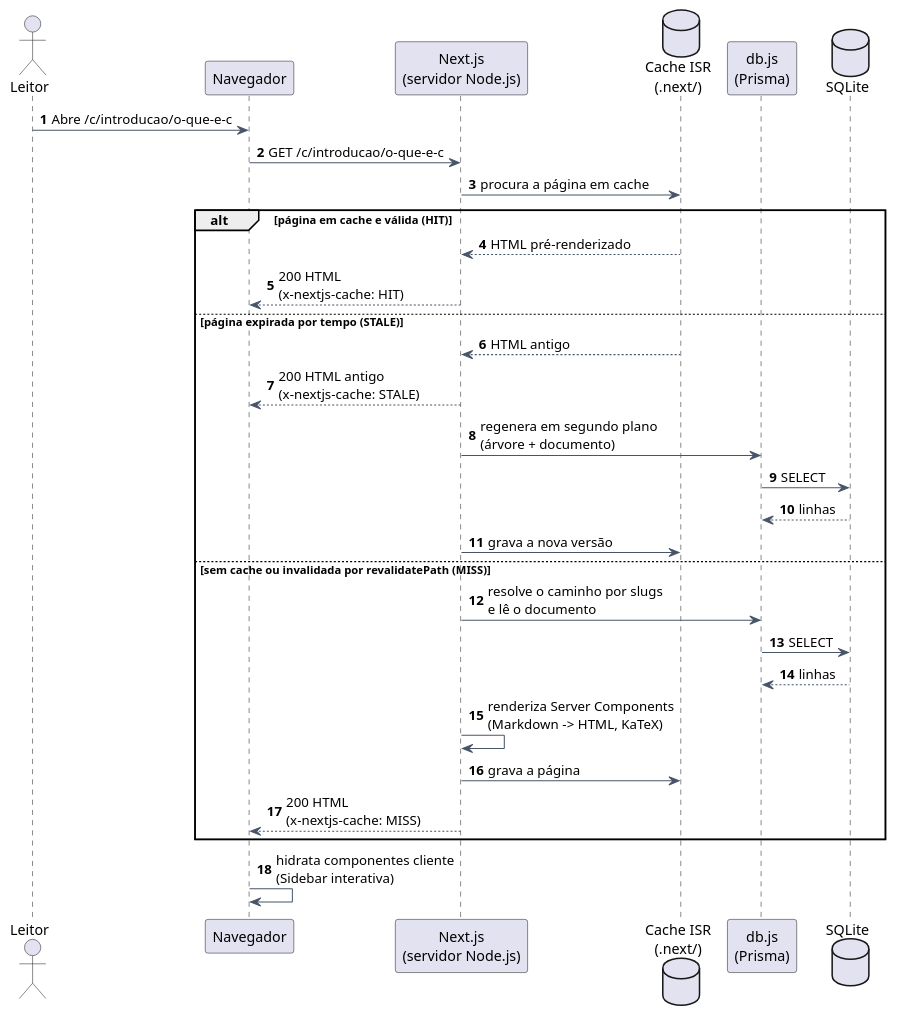
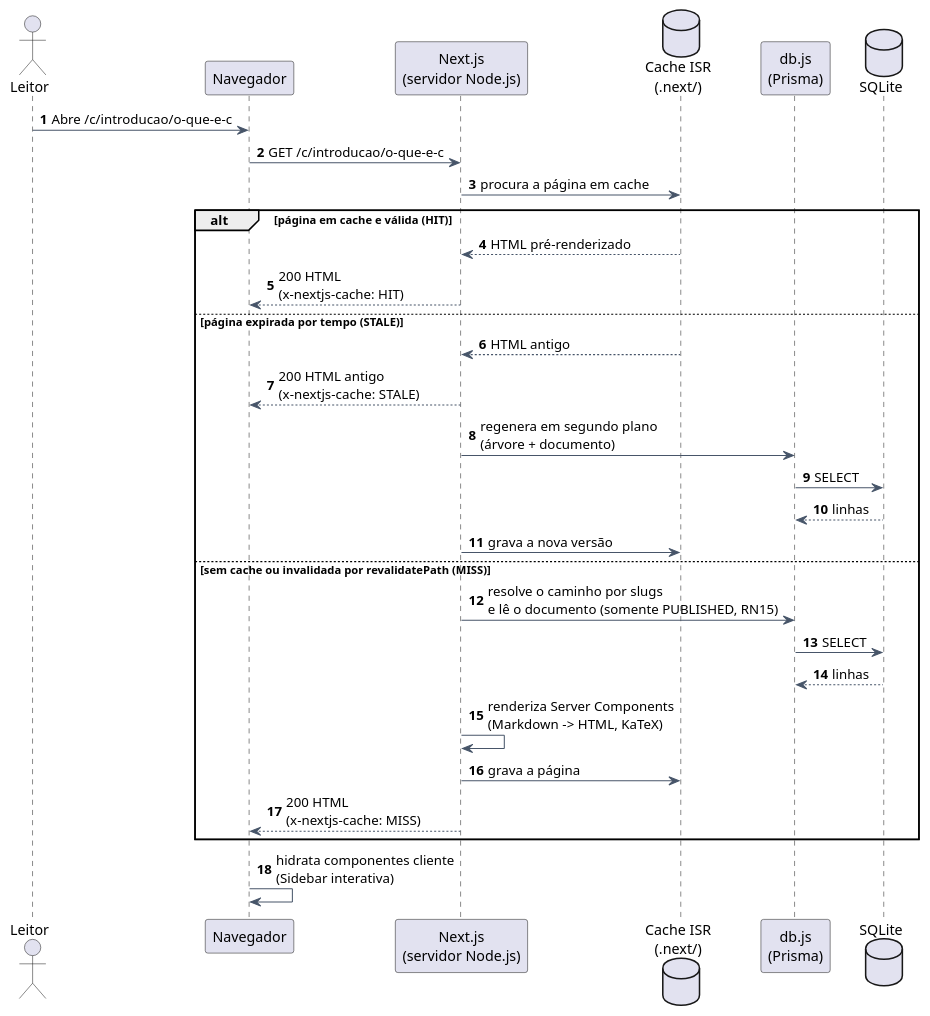
One commit to fromcaio/vitrine changed the diagram in doc/diagrams/src/seq-leitura-isr.puml. Above: the diagram before and after it, drawn with PlantUML. The commit also changed 29 other files, not shown here.

```diff
--- a/doc/diagrams/src/seq-leitura-isr.puml
+++ b/doc/diagrams/src/seq-leitura-isr.puml
@@ -1,45 +1,45 @@
 @startuml seq-leitura-isr
 ' ===========================================================================
 ' Vitrine - Sequência: leitura de uma página com ISR
 ' Figura: fig:seq-leitura-isr (doc/tex/capitulos/cap5_arquitetura.tex)
 ' Valores do cabeçalho x-nextjs-cache (HIT, STALE, MISS, REVALIDATED): documentação
 ' local do Next.js (node_modules/next/dist/docs/01-app/02-guides/incremental-static-regeneration.md).
 ' ===========================================================================
 skinparam shadowing false
 skinparam defaultFontName Arial
 skinparam ArrowColor #475569
 skinparam sequenceMessageAlign left
 autonumber
 
 actor "Leitor" as Leitor
 participant "Navegador" as Nav
 participant "Next.js\n(servidor Node.js)" as Next
 database "Cache ISR\n(.next/)" as Cache
 participant "db.js\n(Prisma)" as DB
 database "SQLite" as Sql
 
 Leitor -> Nav : Abre /c/introducao/o-que-e-c
 Nav -> Next : GET /c/introducao/o-que-e-c
 Next -> Cache : procura a página em cache
 
 alt página em cache e válida (HIT)
   Cache --> Next : HTML pré-renderizado
   Next --> Nav : 200 HTML\n(x-nextjs-cache: HIT)
 else página expirada por tempo (STALE)
   Cache --> Next : HTML antigo
   Next --> Nav : 200 HTML antigo\n(x-nextjs-cache: STALE)
   Next -> DB : regenera em segundo plano\n(árvore + documento)
   DB -> Sql : SELECT
   Sql --> DB : linhas
   Next -> Cache : grava a nova versão
 else sem cache ou invalidada por revalidatePath (MISS)
-  Next -> DB : resolve o caminho por slugs\ne lê o documento
+  Next -> DB : resolve o caminho por slugs\ne lê o documento (somente PUBLISHED, RN15)
   DB -> Sql : SELECT
   Sql --> DB : linhas
   Next -> Next : renderiza Server Components\n(Markdown -> HTML, KaTeX)
   Next -> Cache : grava a página
   Next --> Nav : 200 HTML\n(x-nextjs-cache: MISS)
 end
 
 Nav -> Nav : hidrata componentes cliente\n(Sidebar interativa)
 @enduml
```
